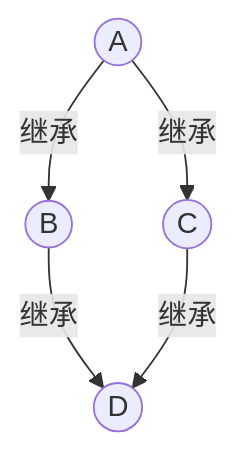
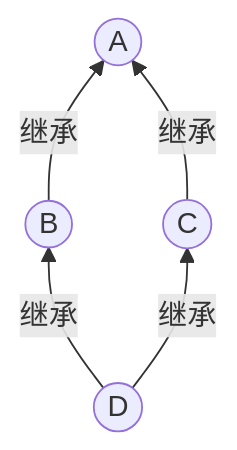
Before and after one commit to niumingyang/Cpp-notes: the diagram in C++ notes/inheritance继承.md, drawn with Mermaid.

````diff
--- a/C++ notes/inheritance继承.md
+++ b/C++ notes/inheritance继承.md
@@ -107,11 +107,11 @@
 ```mermaid
-graph TB
+graph BT
     A((A)) 
     B((B))
     C((C))
     D((D))
-    A --继承--> B
-    A --继承--> C
-    B --继承--> D
-    C --继承--> D
+    B --继承--> A
+    C --继承--> A
+    D --继承--> B
+    D --继承--> C
 ``` 
````
